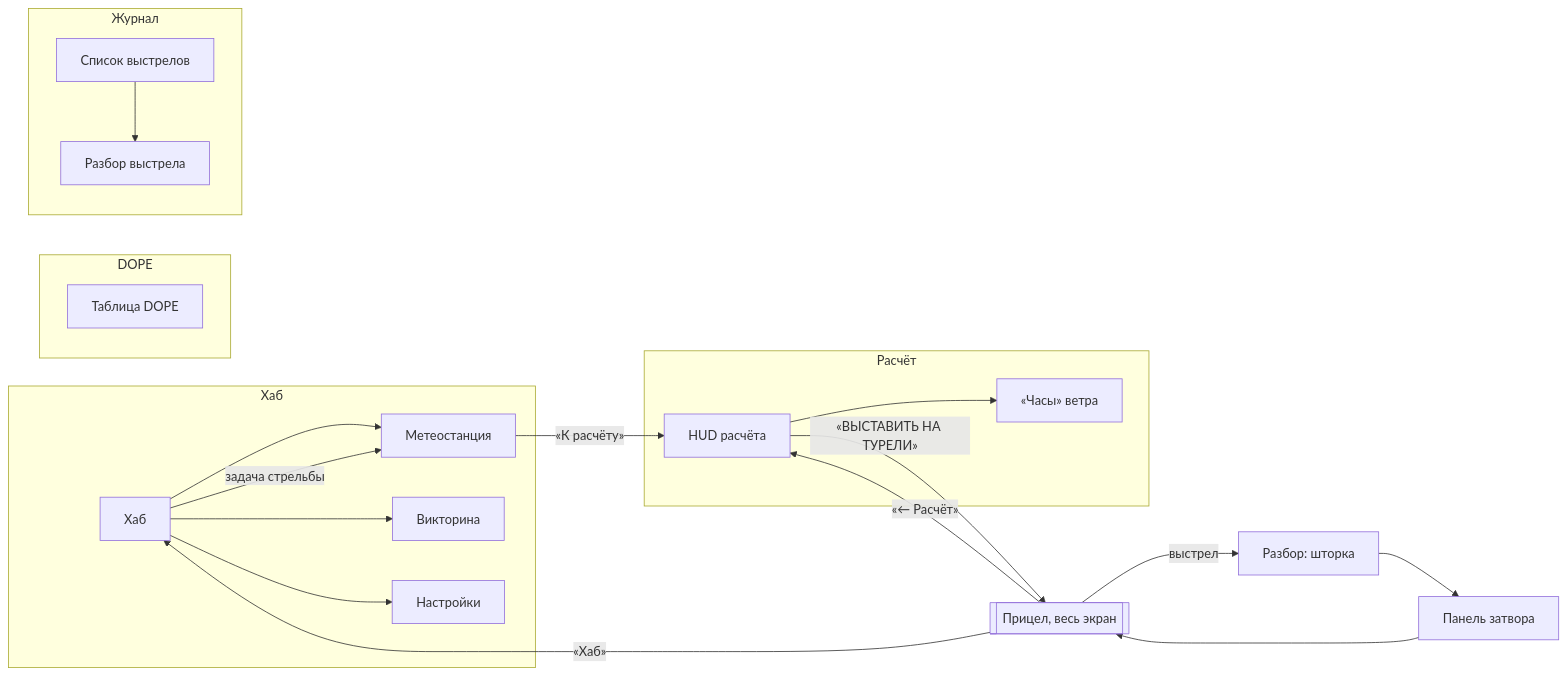
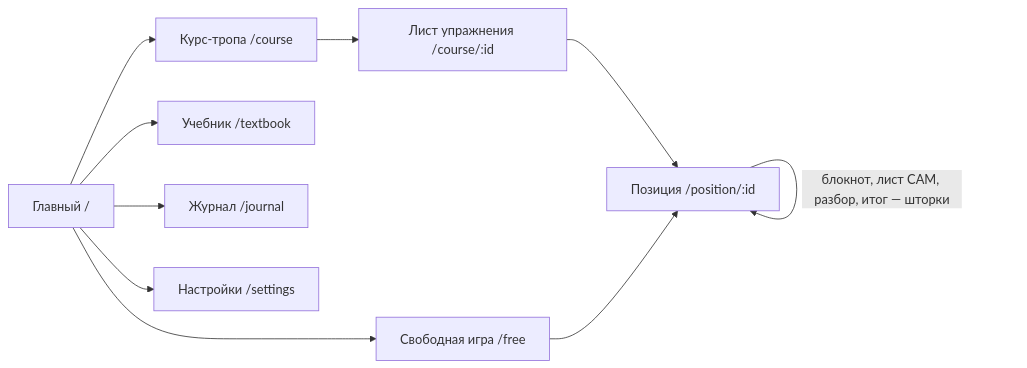
One commit to DrVitaliiSdelnikov/OR changed the diagram in docs/design/DESIGN-CURRENT.md. Above: the diagram before and after it, drawn with Mermaid. The commit also changed other lines of this file and 18 other files, not shown here.

````diff
--- a/docs/design/DESIGN-CURRENT.md
+++ b/docs/design/DESIGN-CURRENT.md
@@ -34,24 +32,9 @@
 ```mermaid
 flowchart LR
-  subgraph Хаб
-    H[Хаб] --> W[Метеостанция]
-    H --> Q[Викторина]
-    H --> S[Настройки]
-  end
-  subgraph Расчёт
-    C[HUD расчёта] --> WC[«Часы» ветра]
-  end
-  subgraph DOPE
-    D[Таблица DOPE]
-  end
-  subgraph Журнал
-    L[Список выстрелов] --> DB[Разбор выстрела]
-  end
-  H -- задача стрельбы --> W
-  W -- «К расчёту» --> C
-  C -- «ВЫСТАВИТЬ НА ТУРЕЛИ» --> SC[[Прицел, весь экран]]
-  SC -- выстрел --> SH[Разбор: шторка] --> BOLT[Панель затвора]
-  BOLT --> SC
-  SC -- «← Расчёт» --> C
-  SC -- «Хаб» --> H
+  H[Главный /] --> C[Курс-тропа /course] --> E[Лист упражнения /course/:id] --> P[Позиция /position/:id]
+  H --> F[Свободная игра /free] --> P
+  H --> T[Учебник /textbook]
+  H --> J[Журнал /journal]
+  H --> S[Настройки /settings]
+  P -- блокнот, лист САМ, разбор, итог — шторки --> P
 ```
````
